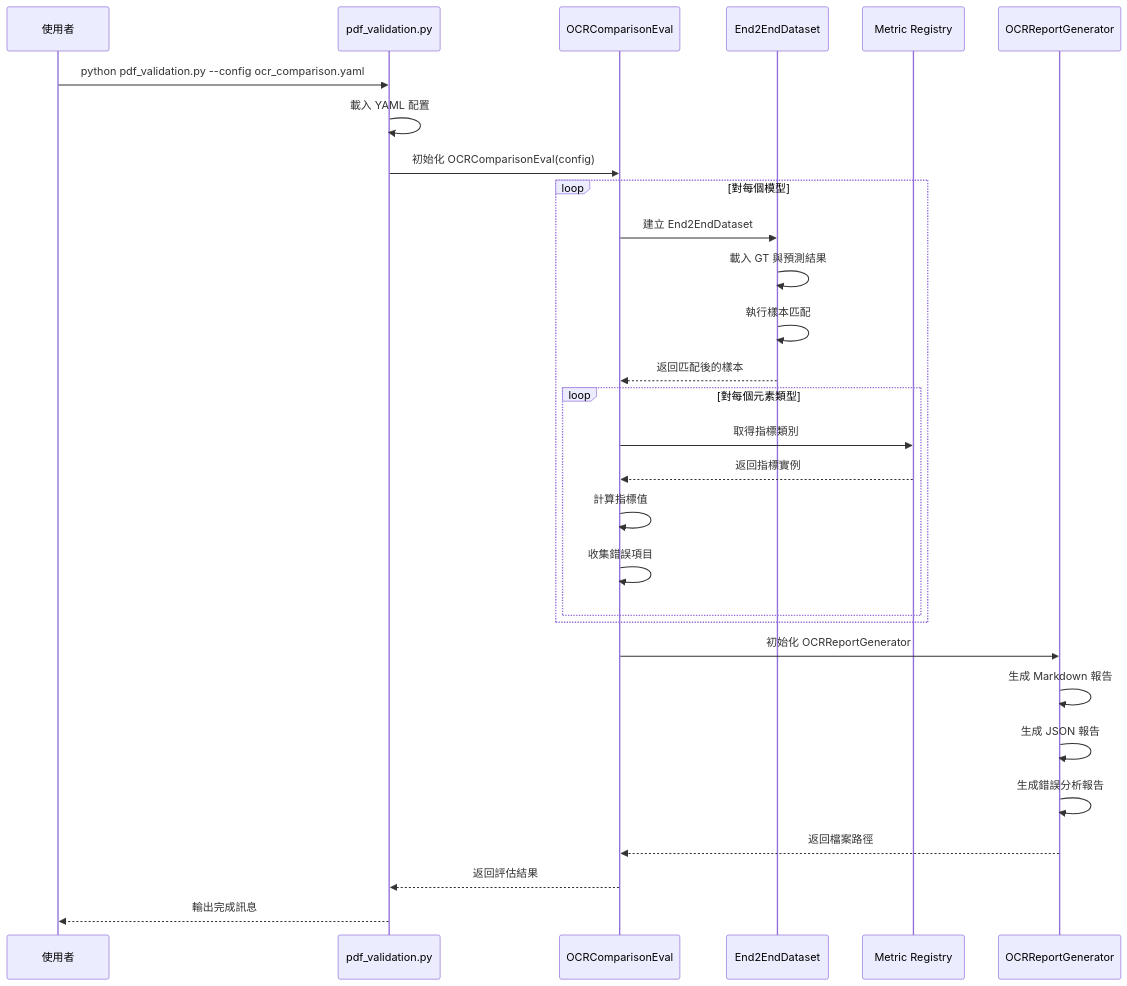
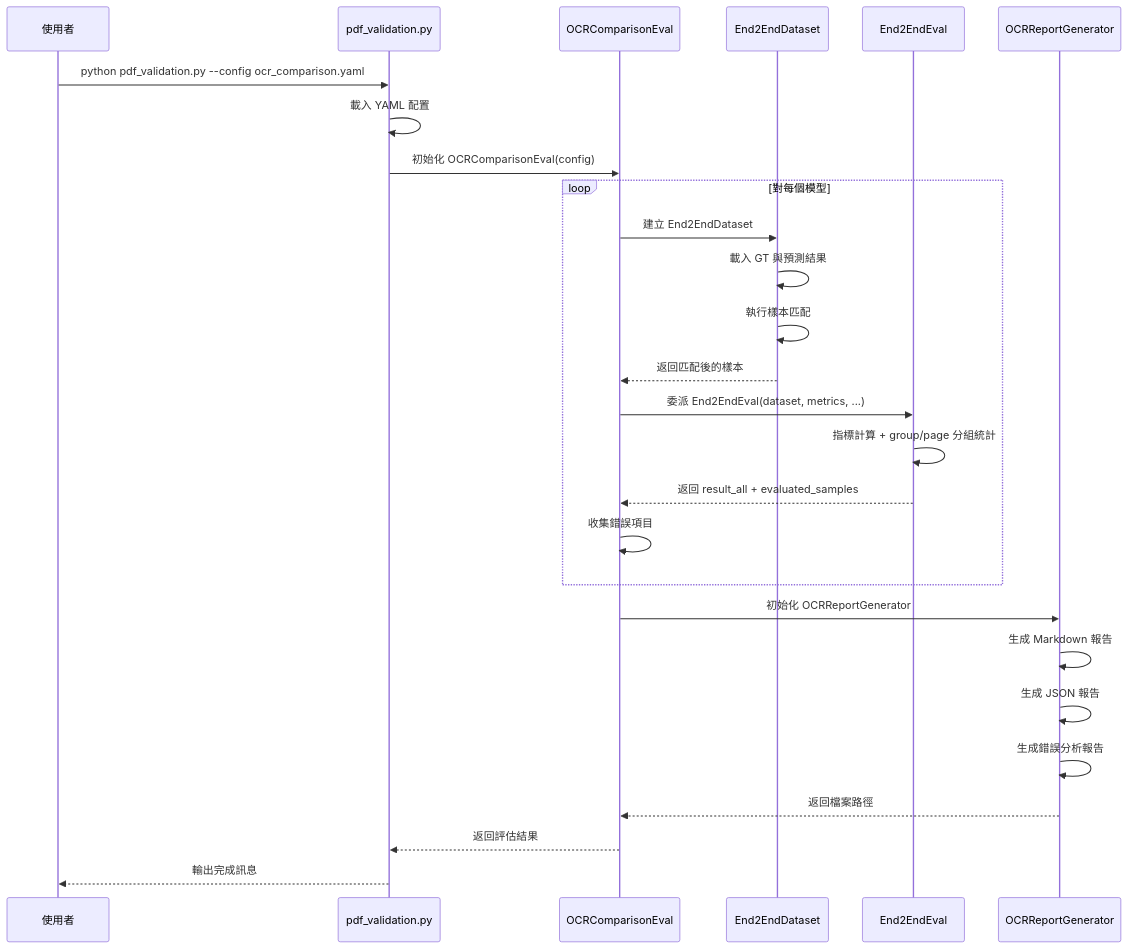
Before and after one commit to ocisd4/OmniDocBench: the third of 3 diagrams in docs/ocr-comparison-eval-guide.md, drawn with Mermaid. The commit also changed other lines of this file and 1 other file, not shown here.

First line of the commit message:
docs: update technical docs to reflect End2EndEval delegation refactoring

````diff
--- a/docs/ocr-comparison-eval-guide.md
+++ b/docs/ocr-comparison-eval-guide.md
@@ -243,35 +246,33 @@
 ```mermaid
 sequenceDiagram
     participant User as 使用者
     participant Main as pdf_validation.py
     participant Task as OCRComparisonEval
     participant DS as End2EndDataset
-    participant Metric as Metric Registry
+    participant E2E as End2EndEval
     participant Report as OCRReportGenerator
 
     User->>Main: python pdf_validation.py --config ocr_comparison.yaml
     Main->>Main: 載入 YAML 配置
     Main->>Task: 初始化 OCRComparisonEval(config)
 
     loop 對每個模型
         Task->>DS: 建立 End2EndDataset
         DS->>DS: 載入 GT 與預測結果
         DS->>DS: 執行樣本匹配
         DS-->>Task: 返回匹配後的樣本
 
-        loop 對每個元素類型
-            Task->>Metric: 取得指標類別
-            Metric-->>Task: 返回指標實例
-            Task->>Task: 計算指標值
-            Task->>Task: 收集錯誤項目
-        end
+        Task->>E2E: 委派 End2EndEval(dataset, metrics, ...)
+        E2E->>E2E: 指標計算 + group/page 分組統計
+        E2E-->>Task: 返回 result_all + evaluated_samples
+        Task->>Task: 收集錯誤項目
     end
 
     Task->>Report: 初始化 OCRReportGenerator
     Report->>Report: 生成 Markdown 報告
     Report->>Report: 生成 JSON 報告
     Report->>Report: 生成錯誤分析報告
     Report-->>Task: 返回檔案路徑
     Task-->>Main: 返回評估結果
     Main-->>User: 輸出完成訊息
 ```
````
